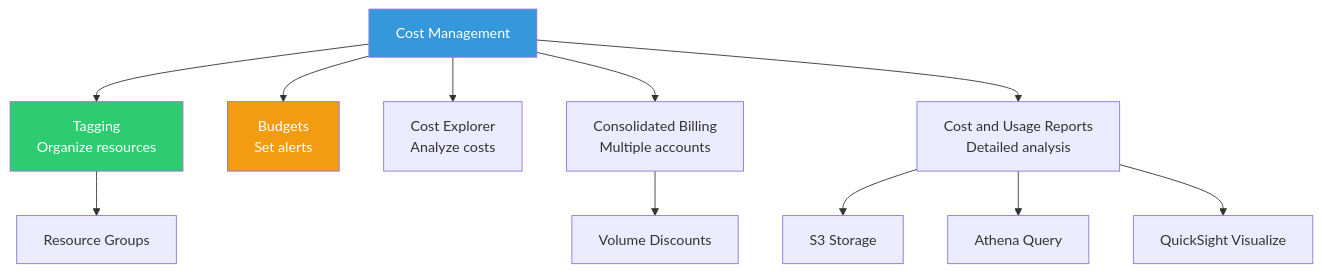
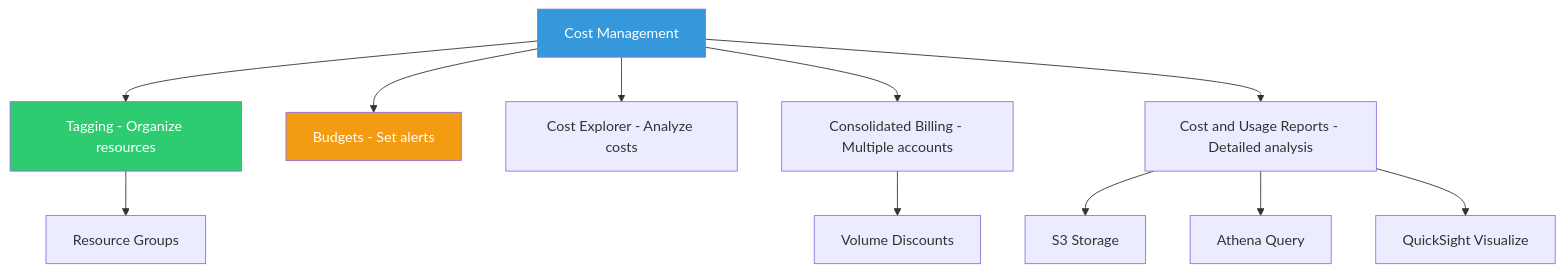
One commit to jtombo45/SeniorEngineerRoadmap changed the tenth of 10 diagrams in Cloud/AWS/AWS-Certifications/AWS-Cloud-Practitioner/README.md. Above: the diagram before and after it, drawn with Mermaid. The commit also changed other lines of this file, not shown here.

Commit message:
fixed diagrams for rendering

````diff
--- a/Cloud/AWS/AWS-Certifications/AWS-Cloud-Practitioner/README.md
+++ b/Cloud/AWS/AWS-Certifications/AWS-Cloud-Practitioner/README.md
@@ -831,18 +840,18 @@
 ```mermaid
-graph TD
-    A[Cost Management] --> B[Tagging<br/>Organize resources]
-    A --> C[Budgets<br/>Set alerts]
-    A --> D[Cost Explorer<br/>Analyze costs]
-    A --> E[Consolidated Billing<br/>Multiple accounts]
-    A --> F[Cost and Usage Reports<br/>Detailed analysis]
+flowchart TD
+    A[Cost Management] --> B[Tagging - Organize resources]
+    A --> C[Budgets - Set alerts]
+    A --> D[Cost Explorer - Analyze costs]
+    A --> E[Consolidated Billing - Multiple accounts]
+    A --> F[Cost and Usage Reports - Detailed analysis]
     
     B --> G[Resource Groups]
     E --> H[Volume Discounts]
     F --> I[S3 Storage]
     F --> J[Athena Query]
     F --> K[QuickSight Visualize]
     
     style A fill:#3498DB,color:#fff
     style B fill:#2ECC71,color:#fff
     style C fill:#F39C12,color:#fff
 ```
````
